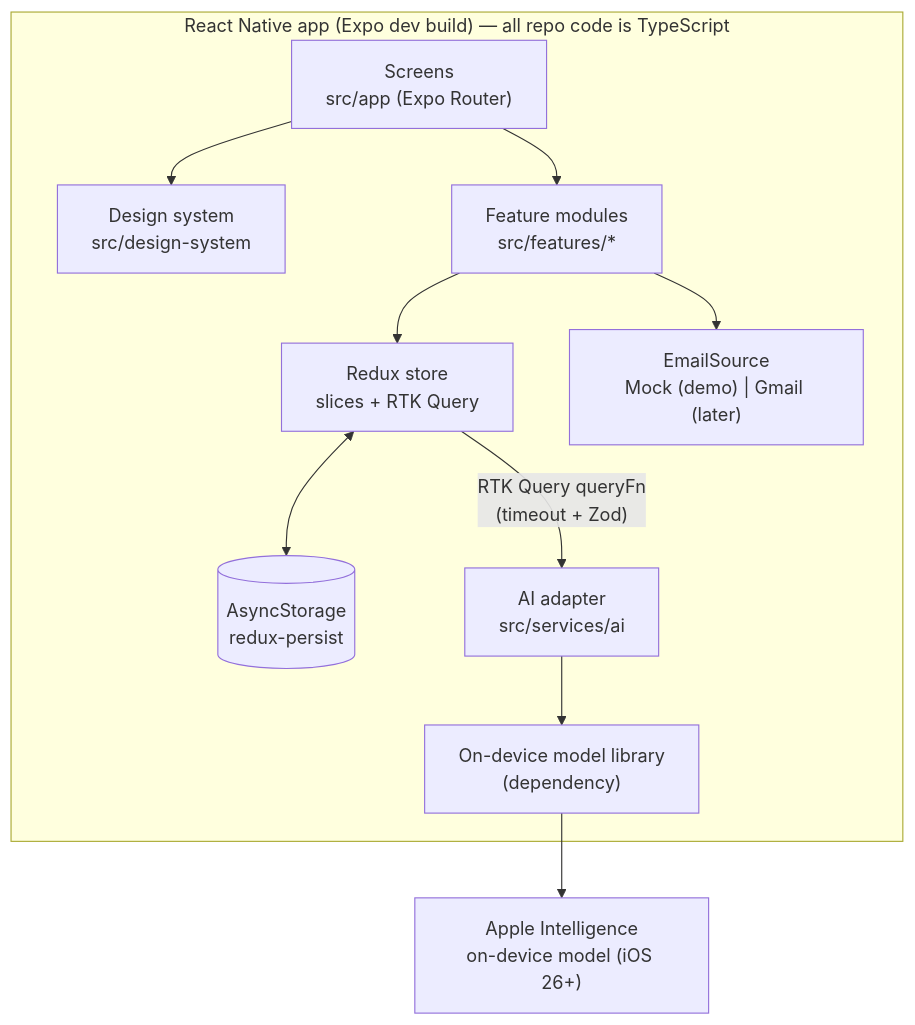
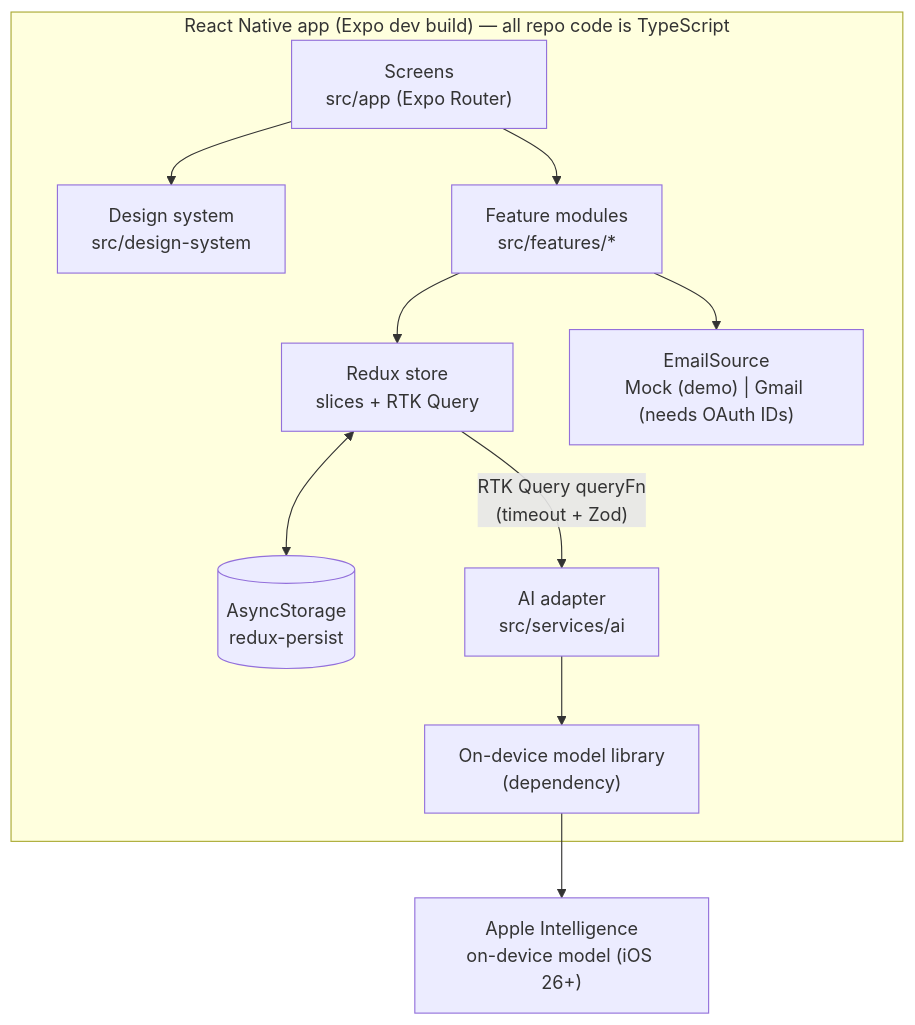
One commit to kristinadarroch/application-tracker changed the diagram in docs/architecture.md. Above: the diagram before and after it, drawn with Mermaid. The commit also changed other lines of this file and 59 other files, not shown here.

````diff
--- a/docs/architecture.md
+++ b/docs/architecture.md
@@ -5,22 +5,22 @@
 ```mermaid
 flowchart TB
   subgraph Device["React Native app (Expo dev build) — all repo code is TypeScript"]
     UI["Screens<br/>src/app (Expo Router)"]
     DS["Design system<br/>src/design-system"]
     FE["Feature modules<br/>src/features/*"]
     ST["Redux store<br/>slices + RTK Query"]
     PS[("AsyncStorage<br/>redux-persist")]
-    ES["EmailSource<br/>Mock (demo) | Gmail (later)"]
+    ES["EmailSource<br/>Mock (demo) | Gmail (needs OAuth IDs)"]
     AD["AI adapter<br/>src/services/ai"]
     LIB["On-device model library<br/>(dependency)"]
   end
   OS["Apple Intelligence<br/>on-device model (iOS 26+)"]
   UI --> DS
   UI --> FE
   FE --> ST
   ST <--> PS
   FE --> ES
   ST -- "RTK Query queryFn<br/>(timeout + Zod)" --> AD
   AD --> LIB
   LIB --> OS
 ```
````
